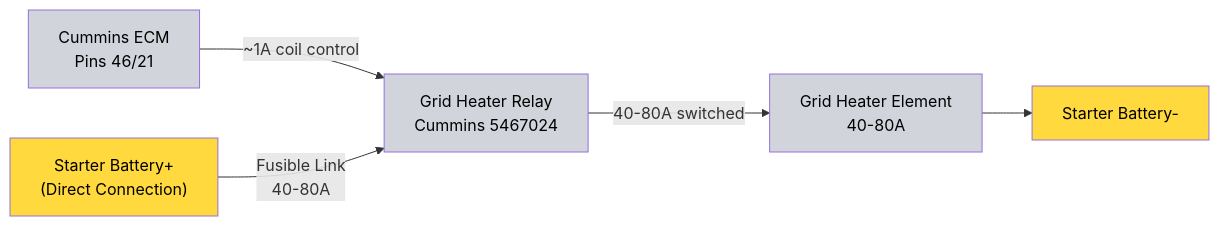
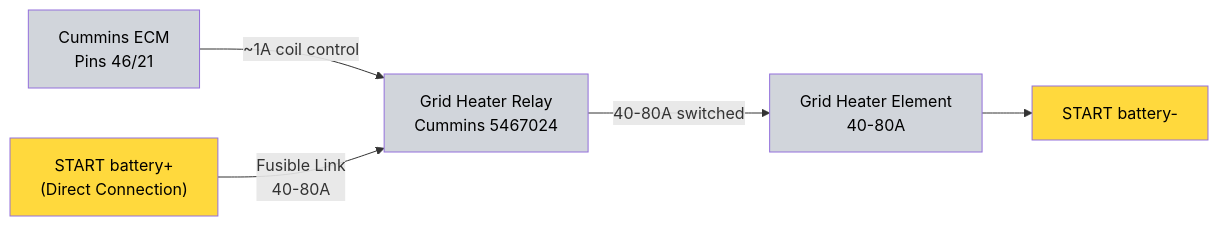
Before and after one commit to sob/drawings: the diagram in docs/jeep_lj/02-engine-systems/08-grid-heater.md, drawn with Mermaid. The commit also changed other lines of this file and 56 other files, not shown here.

First line of the commit message:
docs: standardize battery terminology to START/AUX

````diff
--- a/docs/jeep_lj/02-engine-systems/08-grid-heater.md
+++ b/docs/jeep_lj/02-engine-systems/08-grid-heater.md
@@ -48,19 +48,19 @@
 ```mermaid
 flowchart LR
     ECM["Cummins ECM<br/>Pins 46/21"]
     RELAY["Grid Heater Relay<br/>Cummins 5467024"]
-    BATT["Starter Battery+<br/>(Direct Connection)"]
-    GND["Starter Battery-"]
+    BATT["START battery+<br/>(Direct Connection)"]
+    GND["START battery-"]
     ELEMENT["Grid Heater Element<br/>40-80A"]
 
     ECM -->|"~1A coil control"| RELAY
     BATT -->|"Fusible Link<br/>40-80A"| RELAY
     RELAY -->|"40-80A switched"| ELEMENT
     ELEMENT --> GND
 
     style ECM fill:#d1d5db,color:#000
     style RELAY fill:#d1d5db,color:#000
     style BATT fill:#ffd93d,color:#000
     style GND fill:#ffd93d,color:#000
     style ELEMENT fill:#d1d5db,color:#000
 ```
````
